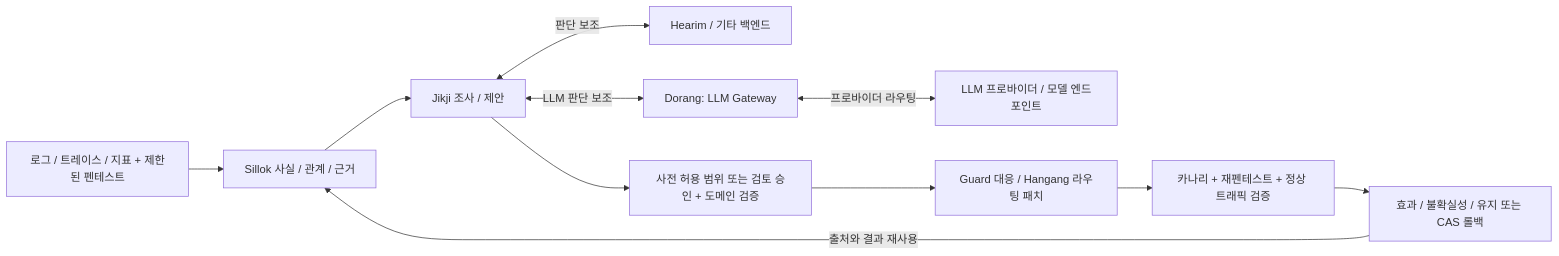
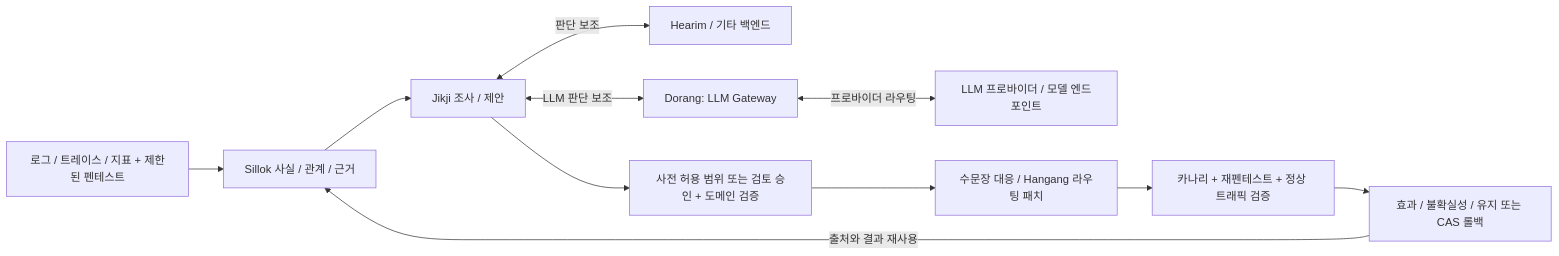
The second of 3 diagrams in README.ko.md (ziozzang/hangang-zerotrust), drawn with Mermaid before and after one commit. The commit also changed other lines of this file and 3 other files, not shown here.

Commit message:
docs: update source authority diagrams and published qualification [skip ci]

````diff
--- a/README.ko.md
+++ b/README.ko.md
@@ -94,13 +94,13 @@
 ```mermaid
 flowchart LR
   O[로그 / 트레이스 / 지표 + 제한된 펜테스트] --> S[Sillok 사실 / 관계 / 근거]
   S --> J[Jikji 조사 / 제안]
   J <-->|판단 보조| HE[Hearim / 기타 백엔드]
   J <-->|LLM 판단 보조| DG[Dorang: LLM Gateway]
   DG <-->|프로바이더 라우팅| LP[LLM 프로바이더 / 모델 엔드포인트]
   J --> V[사전 허용 범위 또는 검토 승인 + 도메인 검증]
-  V --> A[Guard 대응 / Hangang 라우팅 패치]
+  V --> A[수문장 대응 / Hangang 라우팅 패치]
   A --> T[카나리 + 재펜테스트 + 정상 트래픽 검증]
   T --> R[효과 / 불확실성 / 유지 또는 CAS 롤백]
   R -->|출처와 결과 재사용| S
 ```
````
